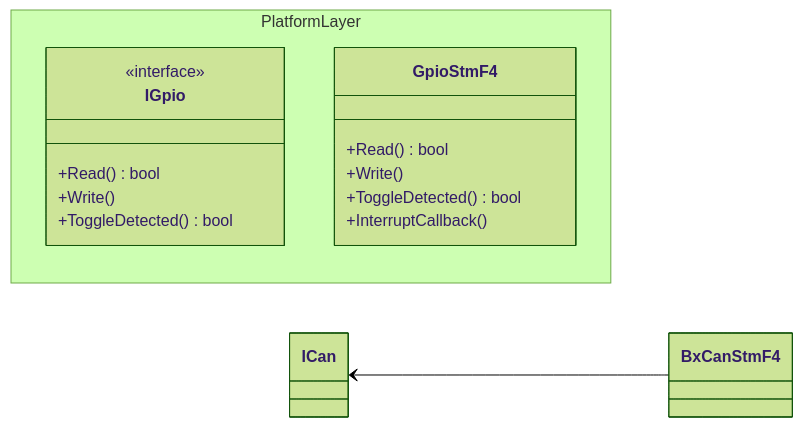
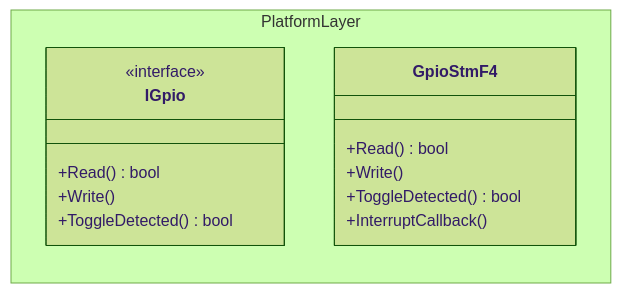
Before and after one commit to DallasFormulaRacing/Wiki: the first of 2 diagrams in wiki-site/docs/Data Acquisition/Supported Platforms/STMicroelectronics/stmicroelectronics.md, drawn with Mermaid (forest theme). The commit also changed other lines of this file and 8 other files, not shown here.

````diff
--- a/wiki-site/docs/Data Acquisition/Supported Platforms/STMicroelectronics/stmicroelectronics.md
+++ b/wiki-site/docs/Data Acquisition/Supported Platforms/STMicroelectronics/stmicroelectronics.md
@@ -9,26 +9,25 @@
 ```mermaid
 classDiagram
 direction LR
 
 namespace Platform Layer {
     class IGpio {
         <<interface>>
 
         +Read() bool
         +Write()
         +ToggleDetected() bool
     }
 
     class GpioStmF4 {
 
         +Read() bool
         +Write()
         +ToggleDetected() bool
 
         +InterruptCallback()
     }
 }
 
-ICan <-- BxCanStmF4
 end
 ```
````
